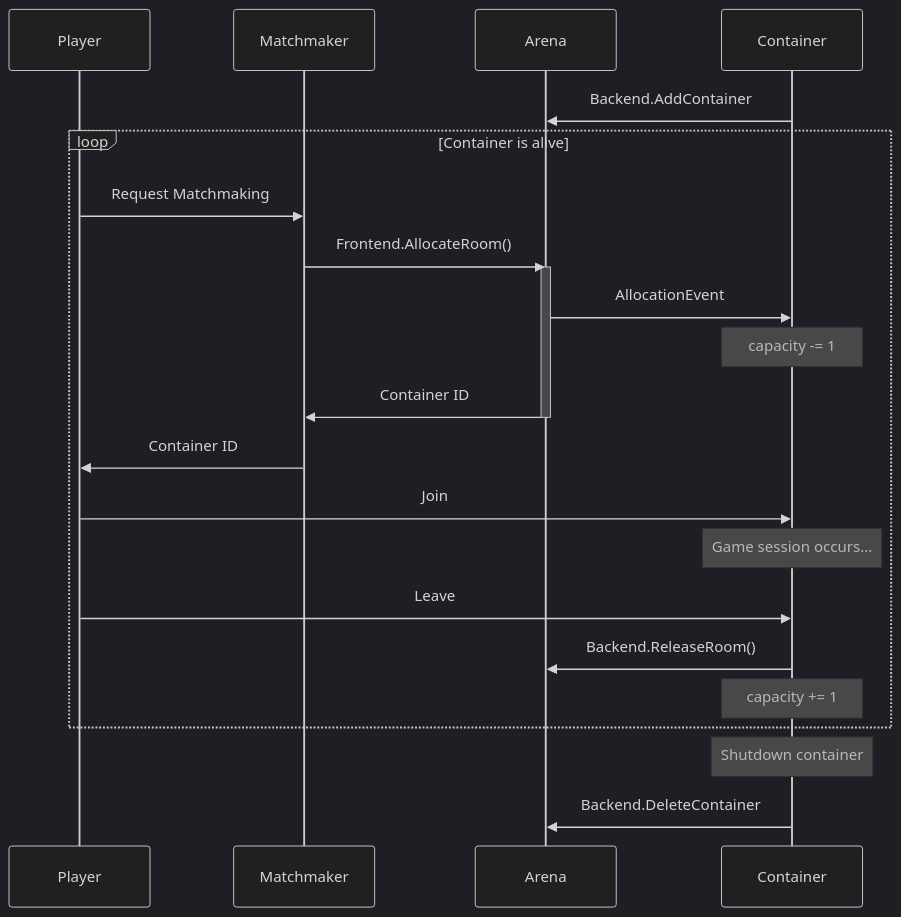
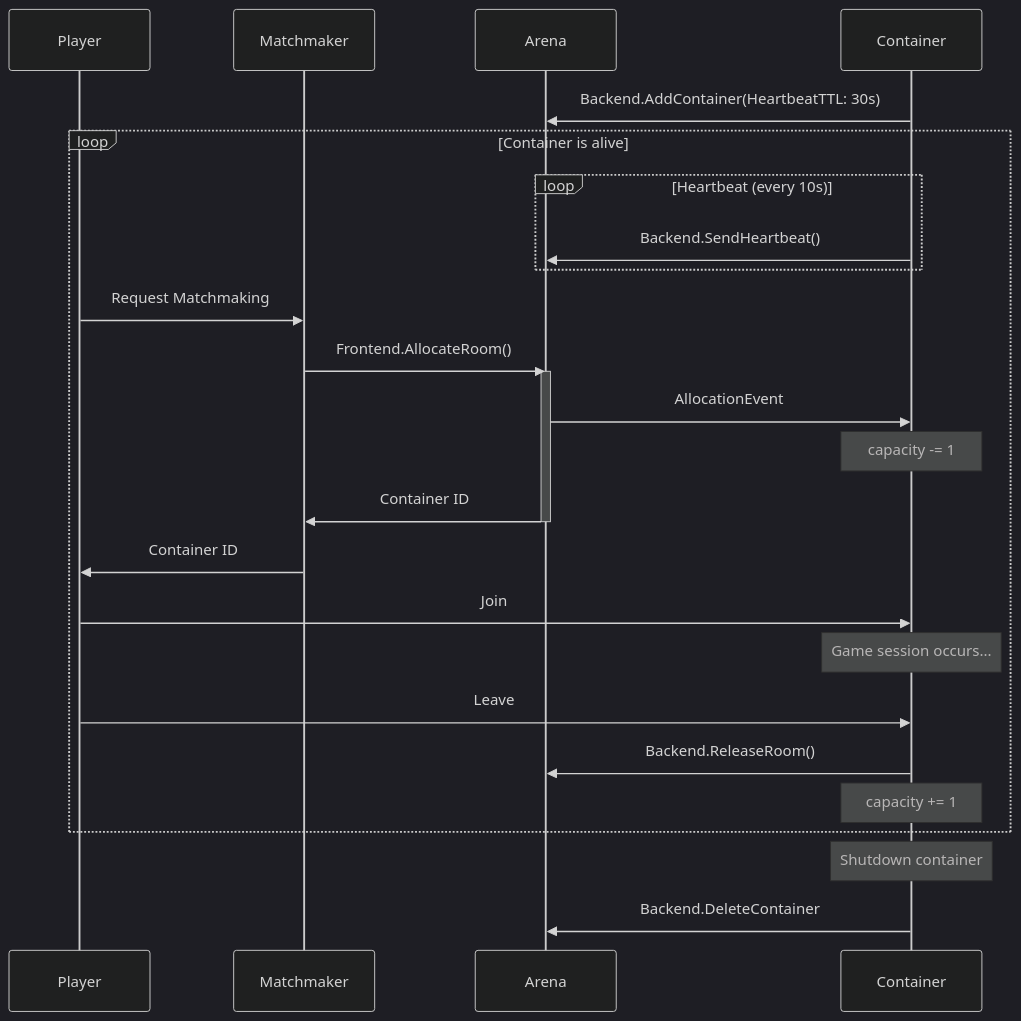
Before and after one commit to castaneai/arena: the diagram in README.md, drawn with Mermaid (dark theme). The commit also changed other lines of this file and 9 other files, not shown here.

````diff
--- a/README.md
+++ b/README.md
@@ -21,27 +27,30 @@
 ```mermaid
 sequenceDiagram
     participant Player
     participant Matchmaker
     participant Arena
     participant Container
 
-    Container ->> Arena: Backend.AddContainer
+    Container ->> Arena: Backend.AddContainer(HeartbeatTTL: 30s)
     loop Container is alive
+        loop Heartbeat (every 10s)
+            Container ->> Arena: Backend.SendHeartbeat()
+        end
         Player ->> Matchmaker: Request Matchmaking
         Matchmaker ->> Arena: Frontend.AllocateRoom()
         activate Arena
         Arena ->> Container: AllocationEvent
         Note over Container: capacity -= 1
         Arena ->> Matchmaker: Container ID
         deactivate Arena
         Matchmaker ->> Player: Container ID
 
         Player ->> Container: Join
         Note over Container: Game session occurs...
         Player ->> Container: Leave
         Container ->> Arena: Backend.ReleaseRoom()
         Note over Container: capacity += 1
     end
     Note over Container: Shutdown container
     Container ->> Arena: Backend.DeleteContainer
 ```
````
